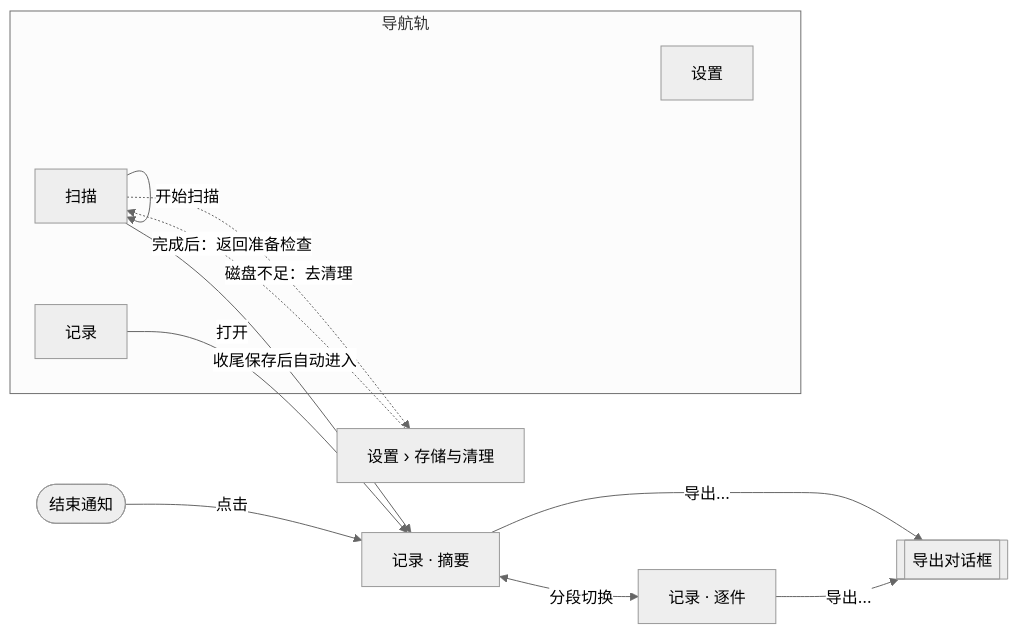
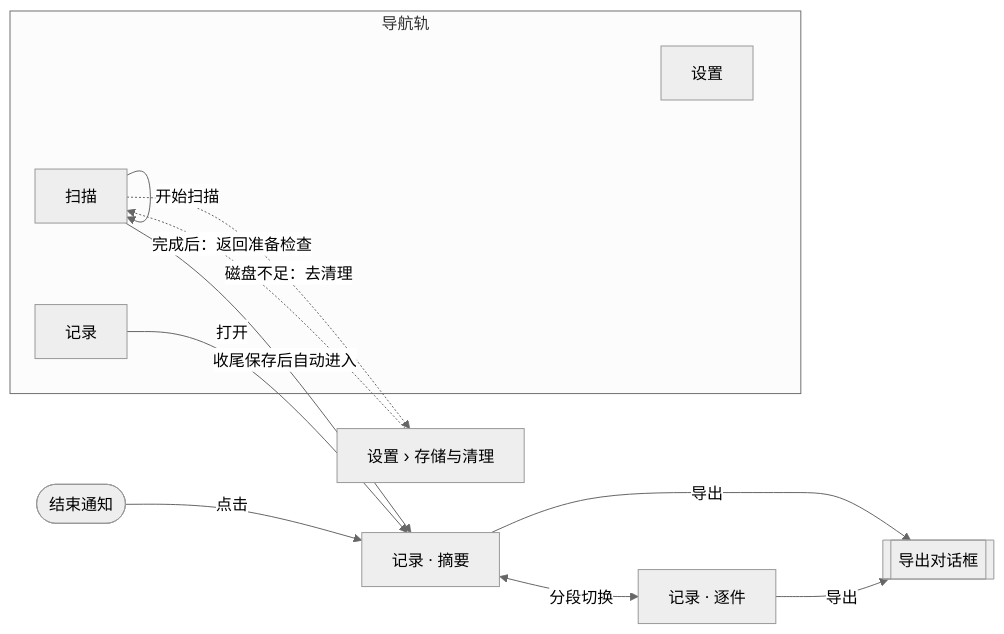
One commit to LoTwT/youkai changed the second of 2 diagrams in docs/design/uiux-2026-11/07-information-architecture.md. Above: the diagram before and after it, drawn with Mermaid (neutral theme). The commit also changed other lines of this file and 69 other files, not shown here.

````diff
--- a/docs/design/uiux-2026-11/07-information-architecture.md
+++ b/docs/design/uiux-2026-11/07-information-architecture.md
@@ -53,17 +57,17 @@
 ```mermaid
 flowchart LR
   subgraph 导航轨
     SC[扫描]
     L[记录]
     S[设置]
   end
   SC -->|开始扫描| SC
   SC -->|收尾保存后自动进入| RS[记录 · 摘要]
   N([结束通知]) -->|点击| RS
   L -->|打开| RS
   RS <-->|分段切换| RI[记录 · 逐件]
-  RS -->|导出…| EX[[导出对话框]]
-  RI -->|导出…| EX
+  RS -->|导出| EX[[导出对话框]]
+  RI -->|导出| EX
   SC -.磁盘不足：去清理.-> ST[设置 › 存储与清理]
   ST -.完成后：返回准备检查.-> SC
 ```
````
